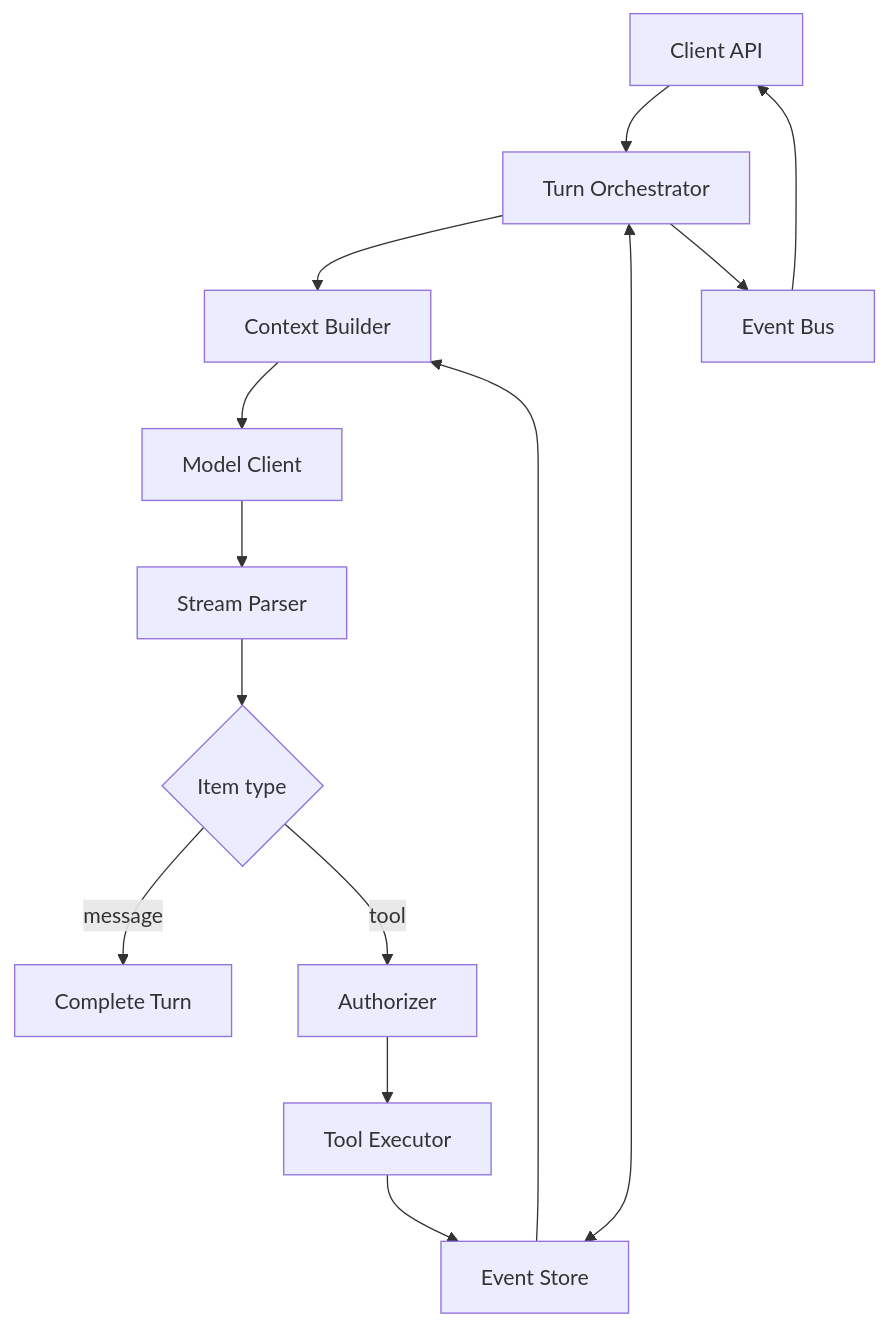
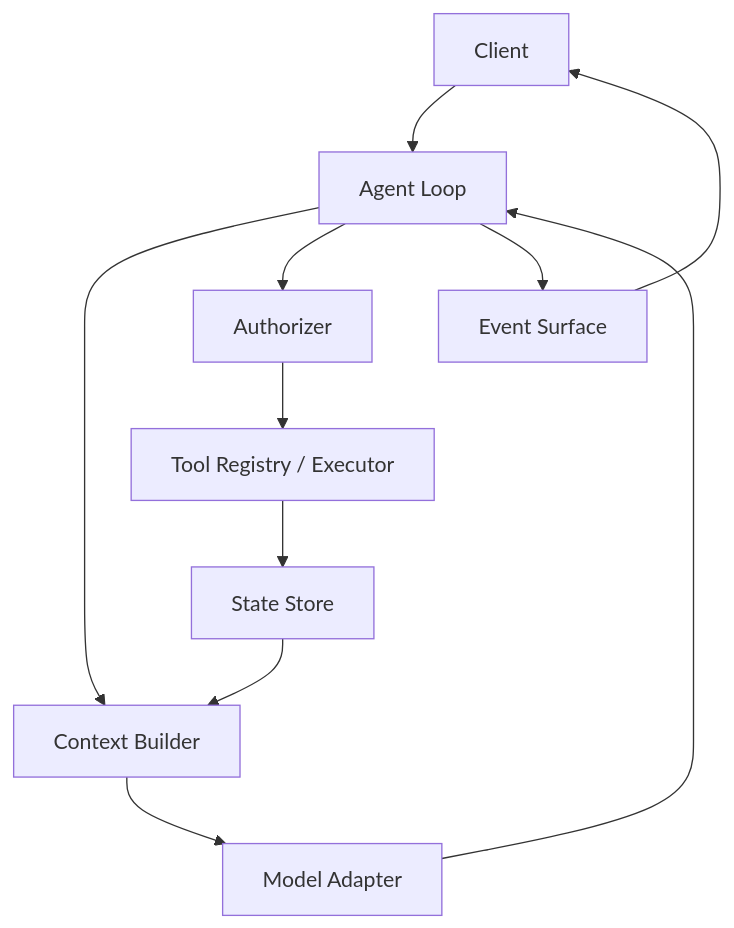
The first of 3 diagrams in docs/applications/build-your-own-harness.md (indigofeather/harness-book), drawn with Mermaid before and after one commit. The commit also changed other lines of this file and 48 other files, not shown here.

````diff
--- a/docs/applications/build-your-own-harness.md
+++ b/docs/applications/build-your-own-harness.md
@@ -90,16 +64,13 @@
 ```mermaid
 flowchart TB
-  API[Client API] --> ORCH[Turn Orchestrator]
-  ORCH --> CB[Context Builder]
-  CB --> MC[Model Client]
-  MC --> EV[Stream Parser]
-  EV --> ROUTE{Item type}
-  ROUTE -->|message| DONE[Complete Turn]
-  ROUTE -->|tool| AUTH[Authorizer]
-  AUTH --> EXEC[Tool Executor]
-  EXEC --> STORE[Event Store]
-  STORE --> CB
-  ORCH <--> STORE
-  ORCH --> BUS[Event Bus]
-  BUS --> API
+  API[Client] --> LOOP[Agent Loop]
+  LOOP --> CTX[Context Builder]
+  CTX --> MODEL[Model Adapter]
+  MODEL --> LOOP
+  LOOP --> AUTH[Authorizer]
+  AUTH --> TOOLS[Tool Registry / Executor]
+  TOOLS --> STATE[State Store]
+  STATE --> CTX
+  LOOP --> EVENTS[Event Surface]
+  EVENTS --> API
 ```
````
